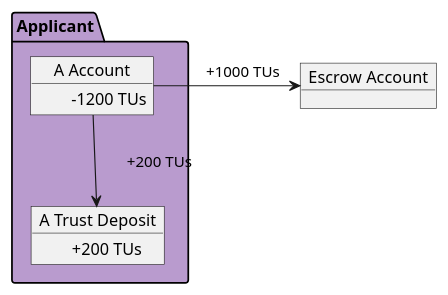
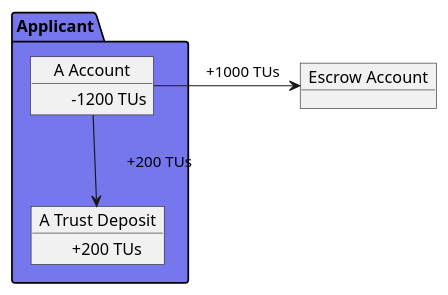
Before and after one commit to verana-labs/verana-docs: the fourth of 5 diagrams in docs/learn/verifiable-public-registry/60-onboarding-participants.md, drawn with PlantUML. The commit also changed other lines of this file and 159 other files, not shown here.

````diff
--- a/docs/learn/verifiable-public-registry/60-onboarding-participants.md
+++ b/docs/learn/verifiable-public-registry/60-onboarding-participants.md
@@ -213,26 +227,26 @@
 ```plantuml
 
 @startuml
 scale max 1200 width
  
 
 
-package "Applicant" as issuer #b99bce {
+package "Applicant" as issuer #7677ed {
     object "A Account" as issuera {
          \t-1200 TUs
     }
     object "A Trust Deposit" as issuertd {
          \t+200 TUs
     }
 
 }
 
 object "Escrow Account" as escrow
 
 issuera -r-> escrow: \t+1000 TUs
 issuera --> issuertd:  \t+200 TUs
 
 
 @enduml
 
 ```
````
